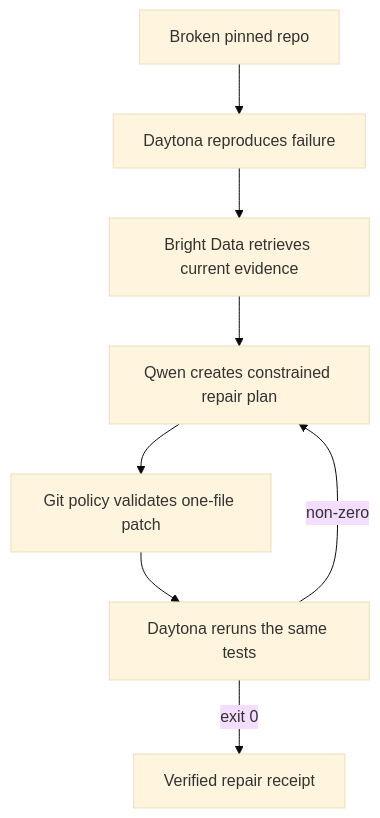
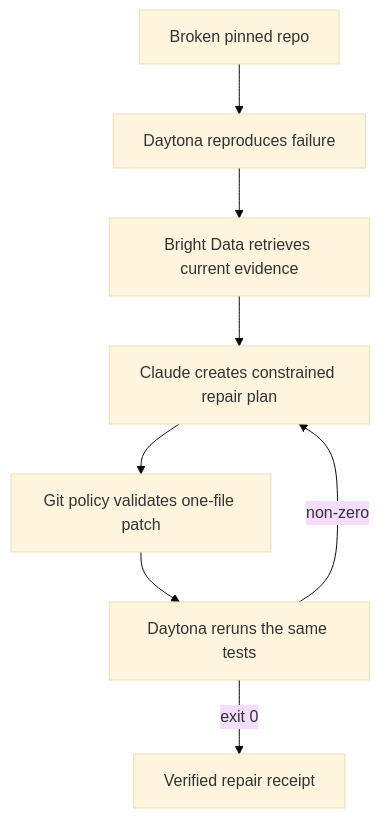
One commit to MARALFARHAT/patch-proof changed the diagram in README.md. Above: the diagram before and after it, drawn with Mermaid (base theme). The commit also changed other lines of this file, not shown here.

Commit message:
Use deterministic Anthropic repair edits

````diff
--- a/README.md
+++ b/README.md
@@ -28,10 +28,10 @@
 ```mermaid
 flowchart TD
     A[Broken pinned repo] --> B[Daytona reproduces failure]
     B --> C[Bright Data retrieves current evidence]
-    C --> D[Qwen creates constrained repair plan]
+    C --> D[Claude creates constrained repair plan]
     D --> E[Git policy validates one-file patch]
     E --> F[Daytona reruns the same tests]
     F -->|exit 0| G[Verified repair receipt]
     F -->|non-zero| D
 ```
````
